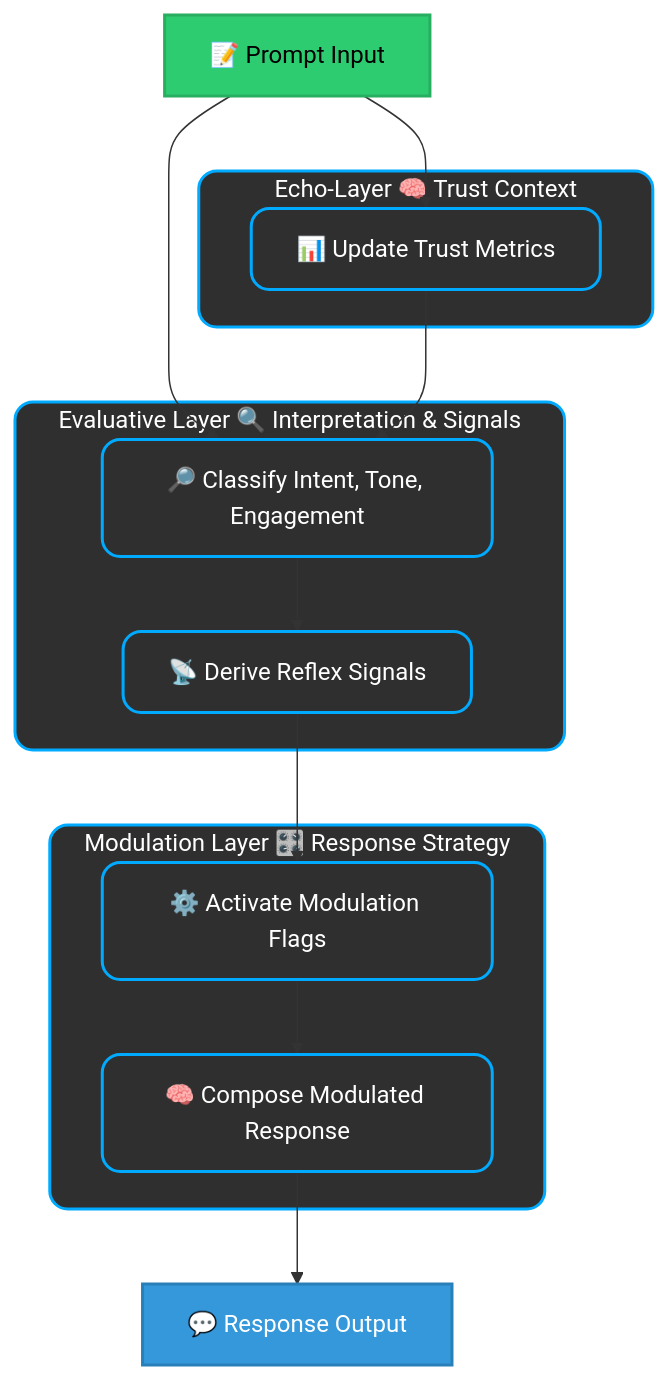
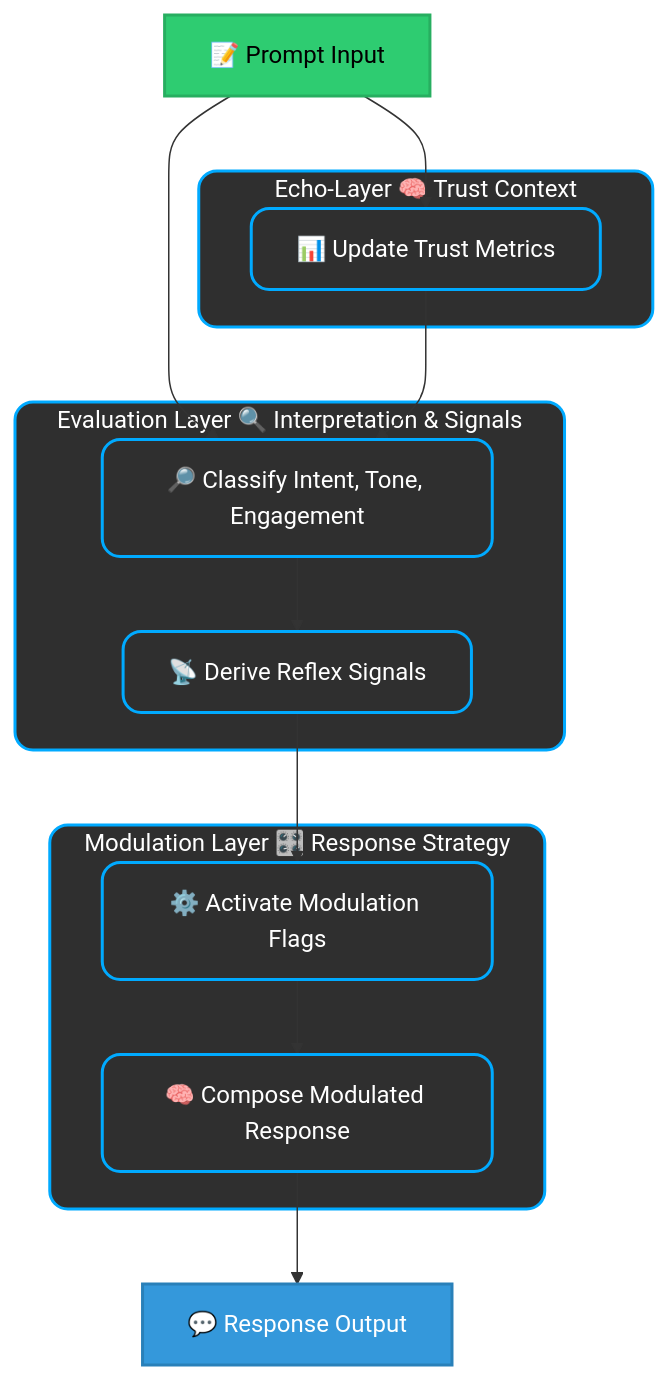
Before and after one commit to ktjkc/reflextrust: the second of 2 diagrams in reflextrust-paper.md, drawn with Mermaid. The commit also changed other lines of this file, not shown here.

````diff
--- a/reflextrust-paper.md
+++ b/reflextrust-paper.md
@@ -651,47 +651,47 @@
 ```mermaid
 flowchart TD
     %% === INPUT ===
     PI[📝 Prompt Input]
     class PI io_input;
 
     %% === Echo-Layer ===
     subgraph META["Echo-Layer 🧠 Trust Context"]
         M1[📊 Update Trust Metrics]
     end
 
     %% === EVALUATIVE-LAYER ===
-    subgraph EVAL["Evaluative Layer 🔍 Interpretation & Signals"]
+    subgraph EVAL["Evaluation Layer 🔍 Interpretation & Signals"]
         E2[🔎 Classify Intent, Tone, Engagement]
         E3[📡 Derive Reflex Signals]
     end
 
     %% === MODULATION-LAYER ===
     subgraph MOD["Modulation Layer 🎛️ Response Strategy"]
         F1[⚙️ Activate Modulation Flags]
         F2[🧠 Compose Modulated Response]
     end
 
     %% === OUTPUT ===
     RO[💬 Response Output]
     class RO io_output;
 
     %% Flow Arrows
     PI --> M1
     PI --> E2
     M1 --> E2
     E2 --> E3
     E3 --> F1
     F1 --> F2
     F2 --> RO
 
     %% Layer Styling
     classDef layer fill:#2f2f2f,stroke:#00aaff,stroke-width:2px,rx:12,ry:12,color:#ffffff;
 
     %% I/O Styling
     classDef io_input fill:#2ecc71,color:#000000,stroke:#27ae60,stroke-width:2px;
     classDef io_output fill:#3498db,color:#ffffff,stroke:#2980b9,stroke-width:2px;
 
     %% Assign Classes
     class META,EVAL,MOD layer;
     class M1,E2,E3,F1,F2 layer;
 ```
````
